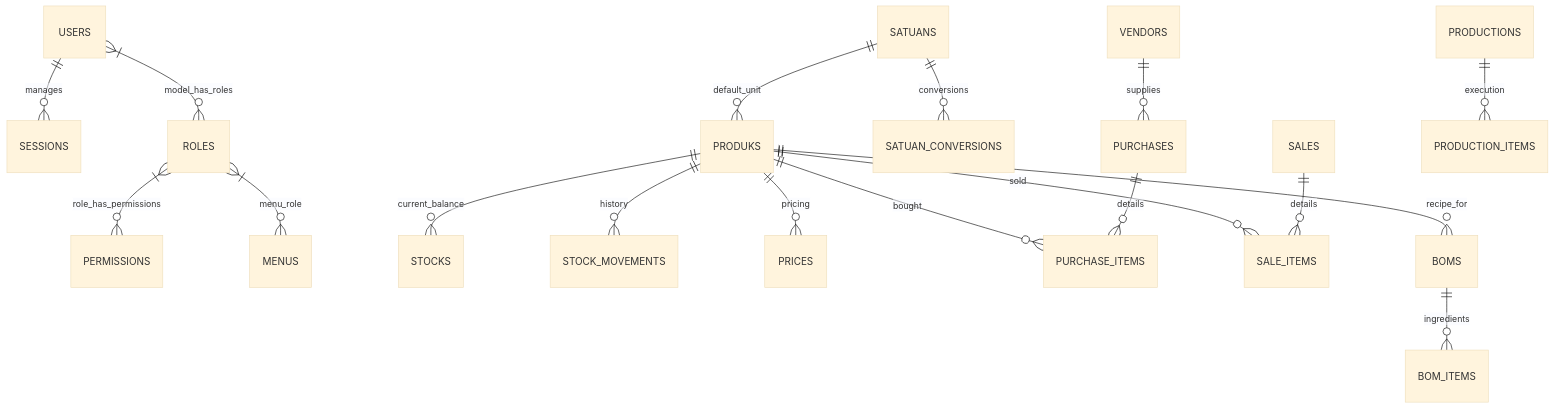
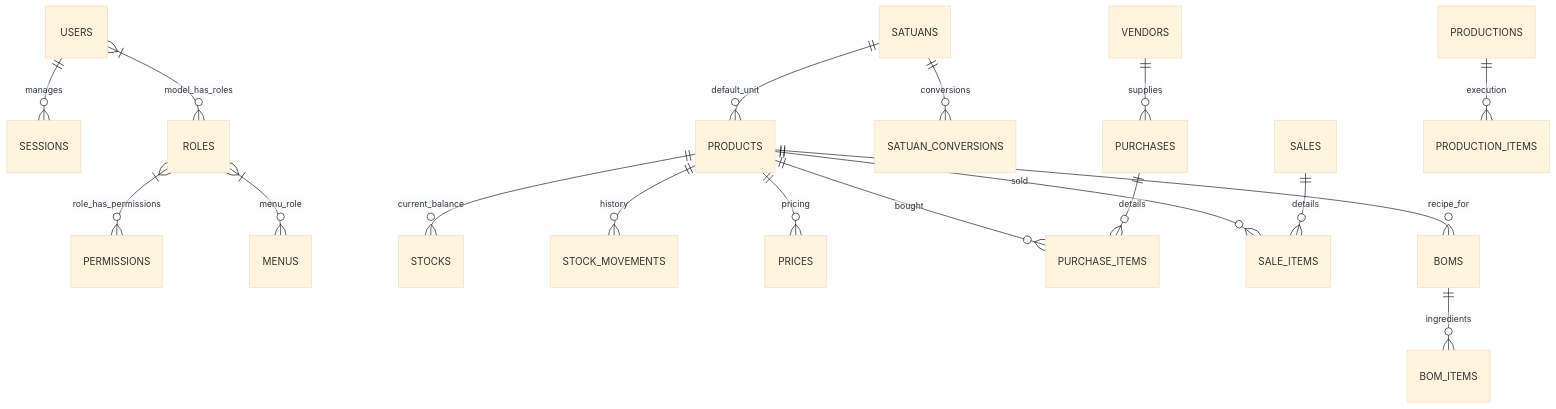
The diagram in database/erd/ERD_LENGKAP.md (ubaidillahfaris/erp), drawn with Mermaid (base theme) before and after one commit. The commit also changed other lines of this file and 298 other files, not shown here.

````diff
--- a/database/erd/ERD_LENGKAP.md
+++ b/database/erd/ERD_LENGKAP.md
@@ -18,27 +18,27 @@
 ```mermaid
 erDiagram
     %% MODULE: AUTH
     USERS ||--o{ SESSIONS : "manages"
     USERS }|--o{ ROLES : "model_has_roles"
     ROLES }|--o{ PERMISSIONS : "role_has_permissions"
     ROLES }|--o{ MENUS : "menu_role"
 
     %% MODULE: CORE
-    PRODUKS ||--o{ STOCKS : "current_balance"
-    PRODUKS ||--o{ STOCK_MOVEMENTS : "history"
-    PRODUKS ||--o{ PRICES : "pricing"
-    SATUANS ||--o{ PRODUKS : "default_unit"
+    PRODUCTS ||--o{ STOCKS : "current_balance"
+    PRODUCTS ||--o{ STOCK_MOVEMENTS : "history"
+    PRODUCTS ||--o{ PRICES : "pricing"
+    SATUANS ||--o{ PRODUCTS : "default_unit"
     SATUANS ||--o{ SATUAN_CONVERSIONS : "conversions"
 
     %% MODULE: TRANSACTIONS
     VENDORS ||--o{ PURCHASES : "supplies"
     PURCHASES ||--o{ PURCHASE_ITEMS : "details"
     SALES ||--o{ SALE_ITEMS : "details"
-    PRODUKS ||--o{ PURCHASE_ITEMS : "bought"
-    PRODUKS ||--o{ SALE_ITEMS : "sold"
+    PRODUCTS ||--o{ PURCHASE_ITEMS : "bought"
+    PRODUCTS ||--o{ SALE_ITEMS : "sold"
 
     %% MODULE: PRODUCTION
-    PRODUKS ||--o{ BOMS : "recipe_for"
+    PRODUCTS ||--o{ BOMS : "recipe_for"
     BOMS ||--o{ BOM_ITEMS : "ingredients"
     PRODUCTIONS ||--o{ PRODUCTION_ITEMS : "execution"
 ```
````
